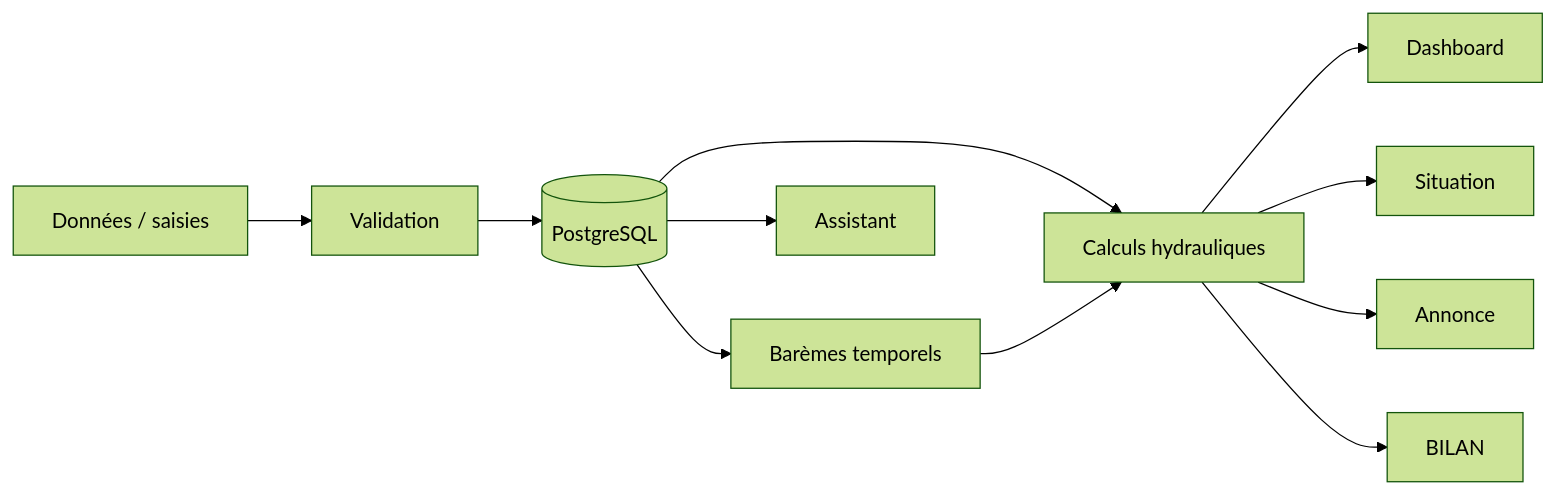
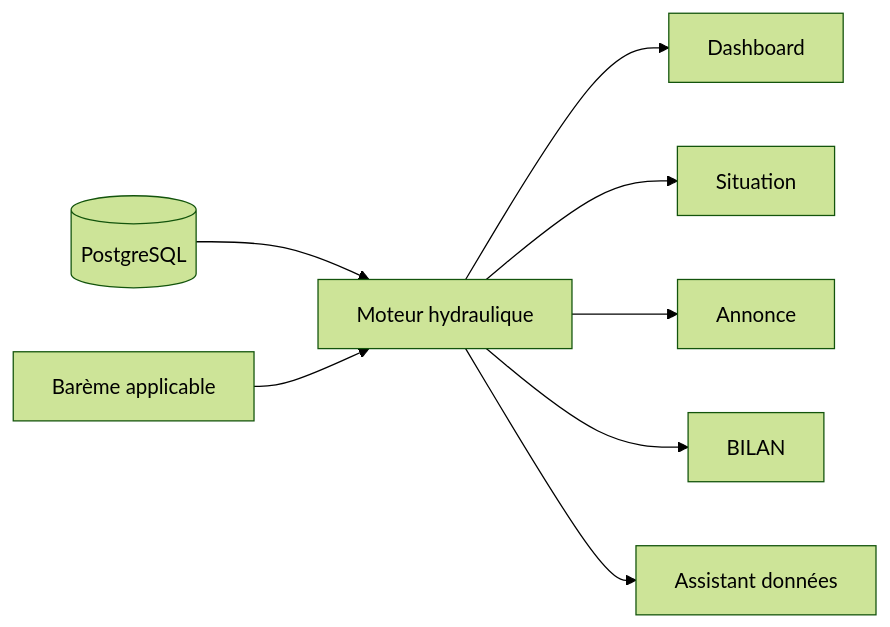
Before and after one commit to ranya20/abhl-barrages-platform-demo: the fifth of 5 diagrams in README.md, drawn with Mermaid (forest theme). The commit also changed other lines of this file, not shown here.

````diff
--- a/README.md
+++ b/README.md
@@ -486,13 +490,11 @@
 ```mermaid
 flowchart LR
-    RAW[Données / saisies] --> VALID[Validation]
-    VALID --> STORE[(PostgreSQL)]
-    STORE --> CALC[Calculs hydrauliques]
-    STORE --> BAREME[Barèmes temporels]
+    DATA[(PostgreSQL)] --> CALC[Moteur hydraulique]
+    BAR[Barème applicable] --> CALC
+
     CALC --> DASH[Dashboard]
     CALC --> SIT[Situation]
     CALC --> ANN[Annonce]
     CALC --> BIL[BILAN]
-    STORE --> AI[Assistant]
-    BAREME --> CALC
+    CALC --> ASSIST[Assistant données]
 ```
````
